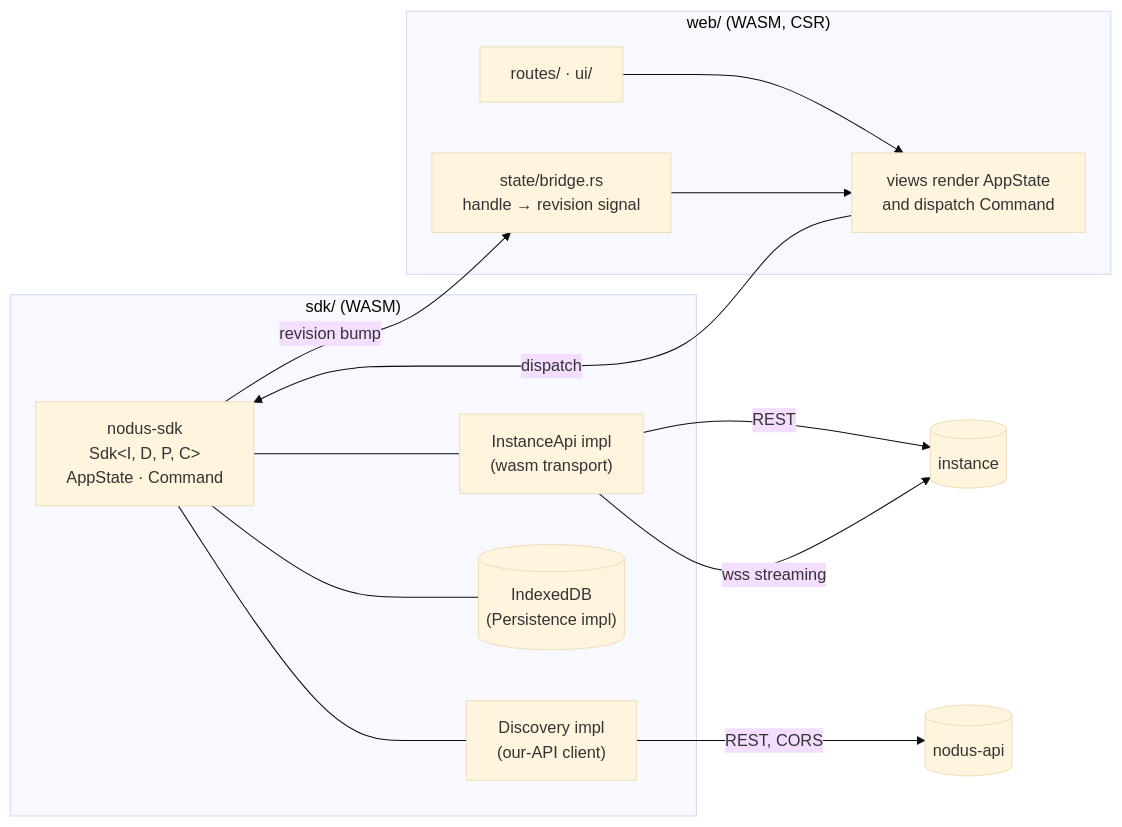
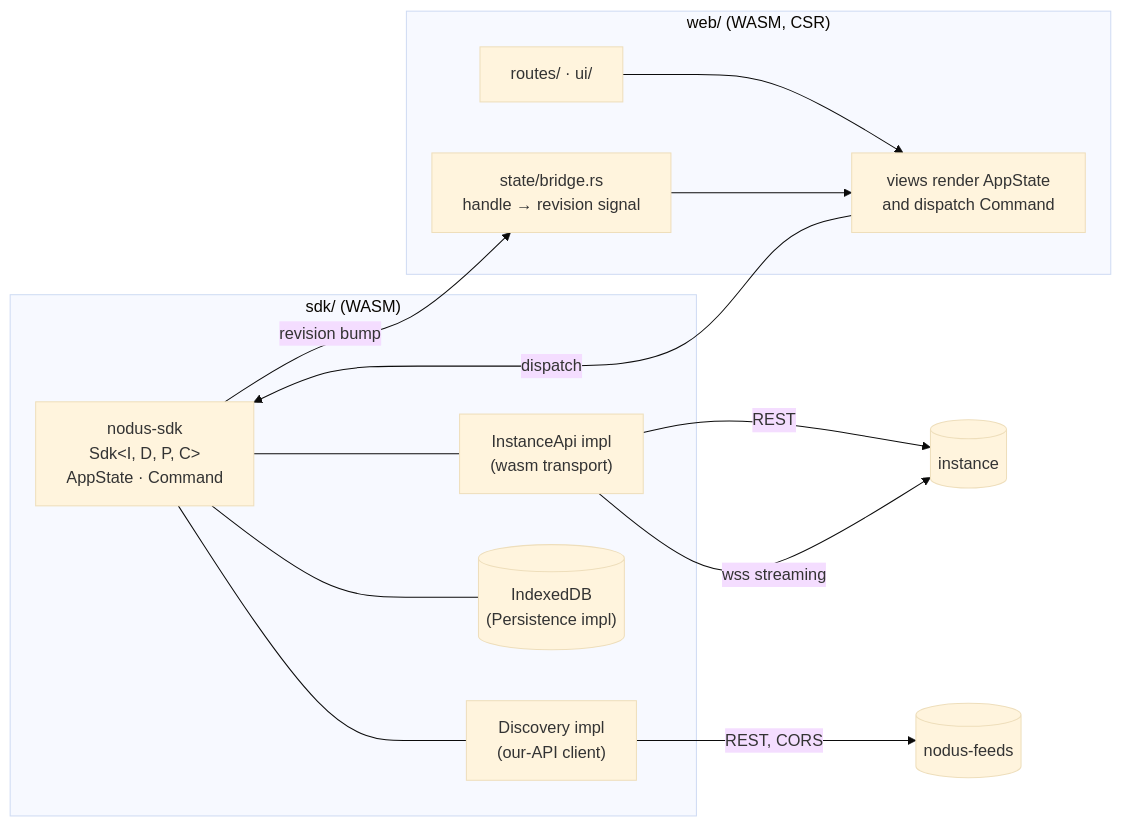
One commit to Luxuride/nodus-web changed the diagram in docs/02-architecture.md. Above: the diagram before and after it, drawn with Mermaid (base theme).

Commit message:
docs: refer to the feeds role by its binary name

````diff
--- a/docs/02-architecture.md
+++ b/docs/02-architecture.md
@@ -9,24 +9,24 @@
 ```mermaid
 flowchart LR
     subgraph sdk["sdk/ (WASM)"]
         STATEMACHINE["nodus-sdk<br/>Sdk&lt;I, D, P, C&gt;<br/>AppState · Command"]
         MASTO["InstanceApi impl<br/>(wasm transport)"]
         APIC["Discovery impl<br/>(our-API client)"]
         IDB[("IndexedDB<br/>(Persistence impl)")]
     end
     subgraph app["web/ (WASM, CSR)"]
         ROUTES["routes/ · ui/"]
         VIEWS["views render AppState<br/>and dispatch Command"]
         BRIDGE["state/bridge.rs<br/>handle → revision signal"]
     end
     MASTO -->|REST| INST[(instance)]
     MASTO -->|wss streaming| INST
-    APIC -->|"REST, CORS"| API[(nodus-api)]
+    APIC -->|"REST, CORS"| API[(nodus-feeds)]
     STATEMACHINE --- MASTO
     STATEMACHINE --- APIC
     STATEMACHINE --- IDB
     ROUTES --> VIEWS
     VIEWS -->|dispatch| STATEMACHINE
     STATEMACHINE -->|"revision bump"| BRIDGE
     BRIDGE --> VIEWS
 ```
````
